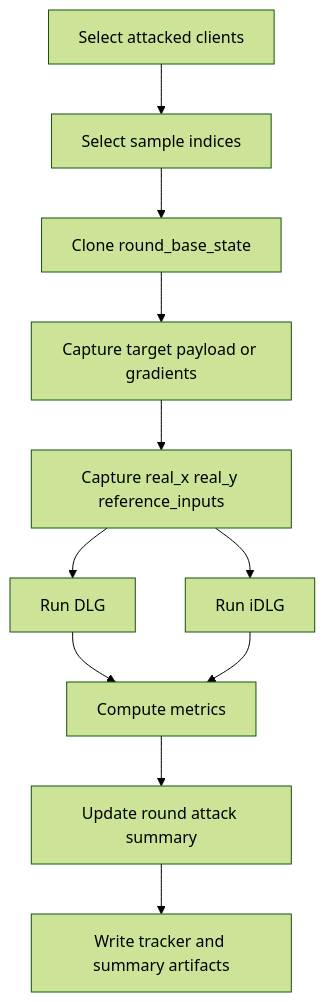
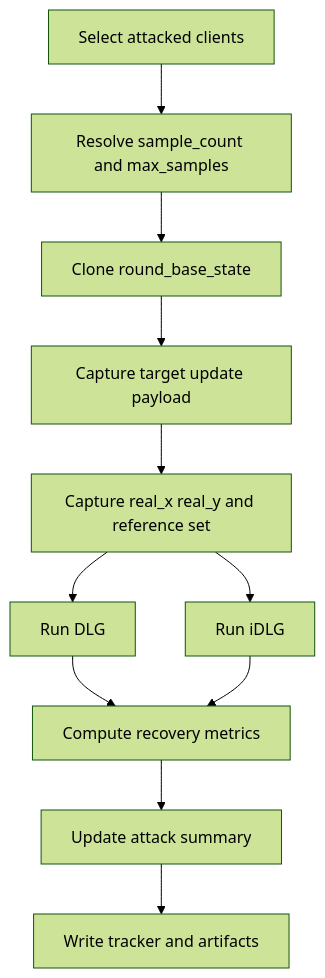
Before and after one commit to Zhang-Yukun/fl: the fifth of 5 diagrams in docs/server_attack_timeline.md, drawn with Mermaid (forest theme). The commit also changed other lines of this file and 15 other files, not shown here.

````diff
--- a/docs/server_attack_timeline.md
+++ b/docs/server_attack_timeline.md
@@ -205,13 +185,13 @@
 ```mermaid
 flowchart TD
-    A[Select attacked clients] --> B[Select sample indices]
+    A[Select attacked clients] --> B[Resolve sample_count and max_samples]
     B --> C[Clone round_base_state]
-    C --> D[Capture target payload or gradients]
-    D --> E[Capture real_x real_y reference_inputs]
+    C --> D[Capture target update payload]
+    D --> E[Capture real_x real_y and reference set]
     E --> F[Run DLG]
     E --> G[Run iDLG]
-    F --> H[Compute metrics]
+    F --> H[Compute recovery metrics]
     G --> H
-    H --> I[Update round attack summary]
-    I --> J[Write tracker and summary artifacts]
+    H --> I[Update attack summary]
+    I --> J[Write tracker and artifacts]
 ```
````
